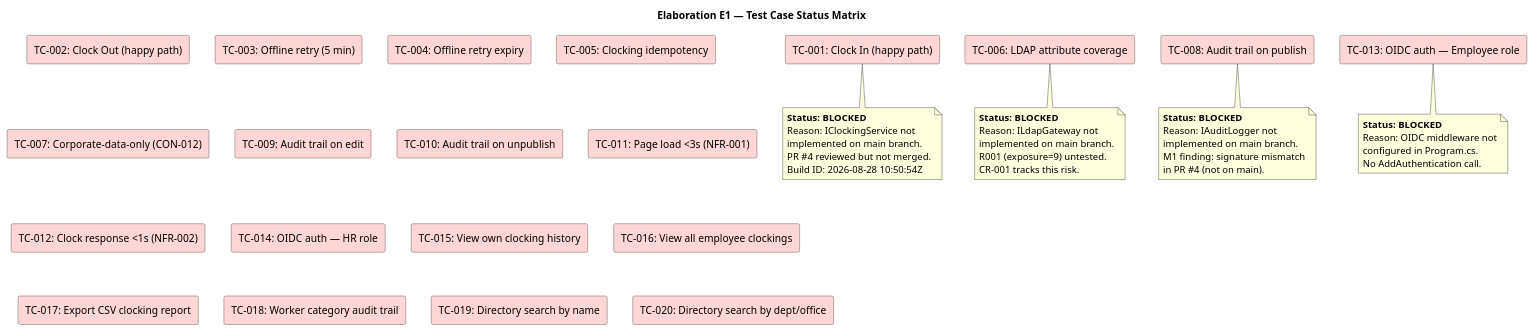
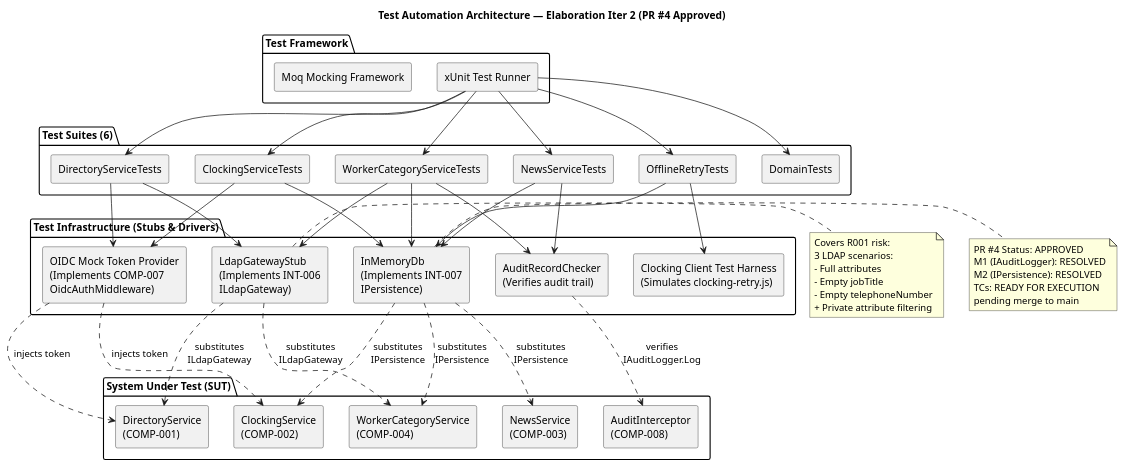
The third of 4 diagrams in docs/artifacts/test/test-case.md (banense-test/portal-cuba-corp), drawn with PlantUML before and after one commit. The commit also changed other lines of this file, not shown here.

First line of the commit message:
Test Designer [E2]: upsert Test Case

````diff
--- a/docs/artifacts/test/test-case.md
+++ b/docs/artifacts/test/test-case.md
@@ -247,60 +170,83 @@
 ```plantuml
 @startuml
-title Elaboration E1 — Test Case Status Matrix
+title Test Automation Architecture — Elaboration Iter 2 (PR #4 Approved)
 
-skinparam rectangleBorderColor #333333
-skinparam rectangleBackgroundColor #FFFFFF
+skinparam componentStyle rectangle
+skinparam interfaceStyle circle
 
-rectangle "TC-001: Clock In (happy path)" as TC001 #FFD6D6
-rectangle "TC-002: Clock Out (happy path)" as TC002 #FFD6D6
-rectangle "TC-003: Offline retry (5 min)" as TC003 #FFD6D6
-rectangle "TC-004: Offline retry expiry" as TC004 #FFD6D6
-rectangle "TC-005: Clocking idempotency" as TC005 #FFD6D6
-rectangle "TC-006: LDAP attribute coverage" as TC006 #FFD6D6
-rectangle "TC-007: Corporate-data-only (CON-012)" as TC007 #FFD6D6
-rectangle "TC-008: Audit trail on publish" as TC008 #FFD6D6
-rectangle "TC-009: Audit trail on edit" as TC009 #FFD6D6
-rectangle "TC-010: Audit trail on unpublish" as TC010 #FFD6D6
-rectangle "TC-011: Page load <3s (NFR-001)" as TC011 #FFD6D6
-rectangle "TC-012: Clock response <1s (NFR-002)" as TC012 #FFD6D6
-rectangle "TC-013: OIDC auth — Employee role" as TC013 #FFD6D6
-rectangle "TC-014: OIDC auth — HR role" as TC014 #FFD6D6
-rectangle "TC-015: View own clocking history" as TC015 #FFD6D6
-rectangle "TC-016: View all employee clockings" as TC016 #FFD6D6
-rectangle "TC-017: Export CSV clocking report" as TC017 #FFD6D6
-rectangle "TC-018: Worker category audit trail" as TC018 #FFD6D6
-rectangle "TC-019: Directory search by name" as TC019 #FFD6D6
-rectangle "TC-020: Directory search by dept/office" as TC020 #FFD6D6
+package "Test Framework" {
+  component "xUnit Test Runner" as XUNIT
+  component "Moq Mocking Framework" as MOQ
+}
 
-note bottom of TC001
-  <b>Status: BLOCKED</b>
-  Reason: IClockingService not
-  implemented on main branch.
-  PR #4 reviewed but not merged.
-  Build ID: 2026-08-28 10:50:54Z
+package "Test Infrastructure (Stubs & Drivers)" {
+  component "InMemoryDb\n(Implements INT-007\nIPersistence)" as INMEM
+  component "LdapGatewayStub\n(Implements INT-006\nILdapGateway)" as LDAPSTUB
+  component "OIDC Mock Token Provider\n(Implements COMP-007\nOidcAuthMiddleware)" as OIDCMOCK
+  component "Clocking Client Test Harness\n(Simulates clocking-retry.js)" as CLKHARNESS
+  component "AuditRecordChecker\n(Verifies audit trail)" as AUDITCHK
+}
+
+package "System Under Test (SUT)" {
+  component "ClockingService\n(COMP-002)" as CLKSVC
+  component "DirectoryService\n(COMP-001)" as DIRSVC
+  component "NewsService\n(COMP-003)" as NEWSSVC
+  component "WorkerCategoryService\n(COMP-004)" as WCSVC
+  component "AuditInterceptor\n(COMP-008)" as AUDITINT
+}
+
+package "Test Suites (6)" {
+  component "ClockingServiceTests" as CLKTEST
+  component "NewsServiceTests" as NEWSTEST
+  component "DirectoryServiceTests" as DIRTEST
+  component "WorkerCategoryServiceTests" as WCTEST
+  component "OfflineRetryTests" as OFFTEST
+  component "DomainTests" as DOMTEST
+}
+
+XUNIT --> CLKTEST
+XUNIT --> NEWSTEST
+XUNIT --> DIRTEST
+XUNIT --> WCTEST
+XUNIT --> OFFTEST
+XUNIT --> DOMTEST
+
+CLKTEST --> INMEM
+CLKTEST --> OIDCMOCK
+NEWSTEST --> INMEM
+NEWSTEST --> AUDITCHK
+DIRTEST --> LDAPSTUB
+DIRTEST --> OIDCMOCK
+WCTEST --> INMEM
+WCTEST --> LDAPSTUB
+WCTEST --> AUDITCHK
+OFFTEST --> CLKHARNESS
+OFFTEST --> INMEM
+
+INMEM ..> CLKSVC : substitutes\nIPersistence
+INMEM ..> NEWSSVC : substitutes\nIPersistence
+INMEM ..> WCSVC : substitutes\nIPersistence
+LDAPSTUB ..> DIRSVC : substitutes\nILdapGateway
+LDAPSTUB ..> WCSVC : substitutes\nILdapGateway
+OIDCMOCK ..> CLKSVC : injects token
+OIDCMOCK ..> DIRSVC : injects token
+AUDITCHK ..> AUDITINT : verifies\nIAuditLogger.Log
+
+note right of INMEM
+  PR #4 Status: APPROVED
+  M1 (IAuditLogger): RESOLVED
+  M2 (IPersistence): RESOLVED
+  TCs: READY FOR EXECUTION
+  pending merge to main
 end note
 
-note bottom of TC006
-  <b>Status: BLOCKED</b>
-  Reason: ILdapGateway not
-  implemented on main branch.
-  R001 (exposure=9) untested.
-  CR-001 tracks this risk.
-end note
-
-note bottom of TC008
-  <b>Status: BLOCKED</b>
-  Reason: IAuditLogger not
-  implemented on main branch.
-  M1 finding: signature mismatch
-  in PR #4 (not on main).
-end note
-
-note bottom of TC013
-  <b>Status: BLOCKED</b>
-  Reason: OIDC middleware not
-  configured in Program.cs.
-  No AddAuthentication call.
+note right of LDAPSTUB
+  Covers R001 risk:
+  3 LDAP scenarios:
+  - Full attributes
+  - Empty jobTitle
+  - Empty telephoneNumber
+  + Private attribute filtering
 end note
 
 @enduml
````
